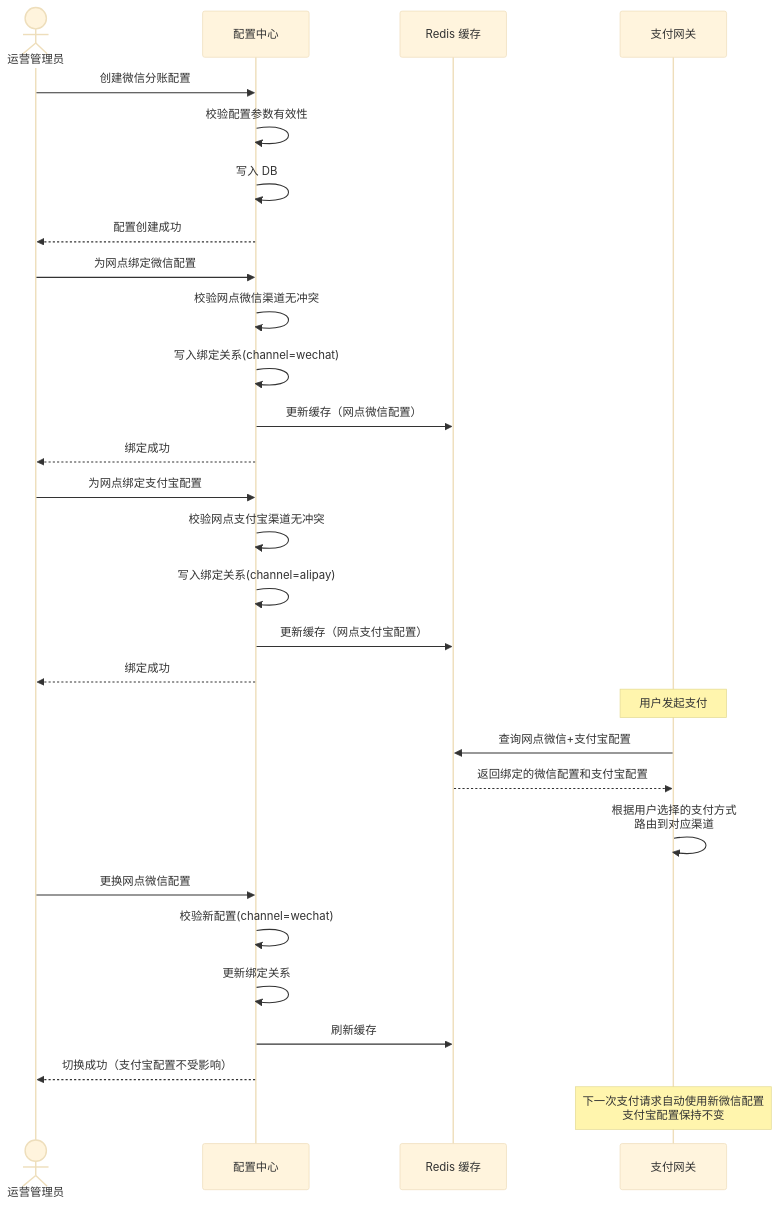
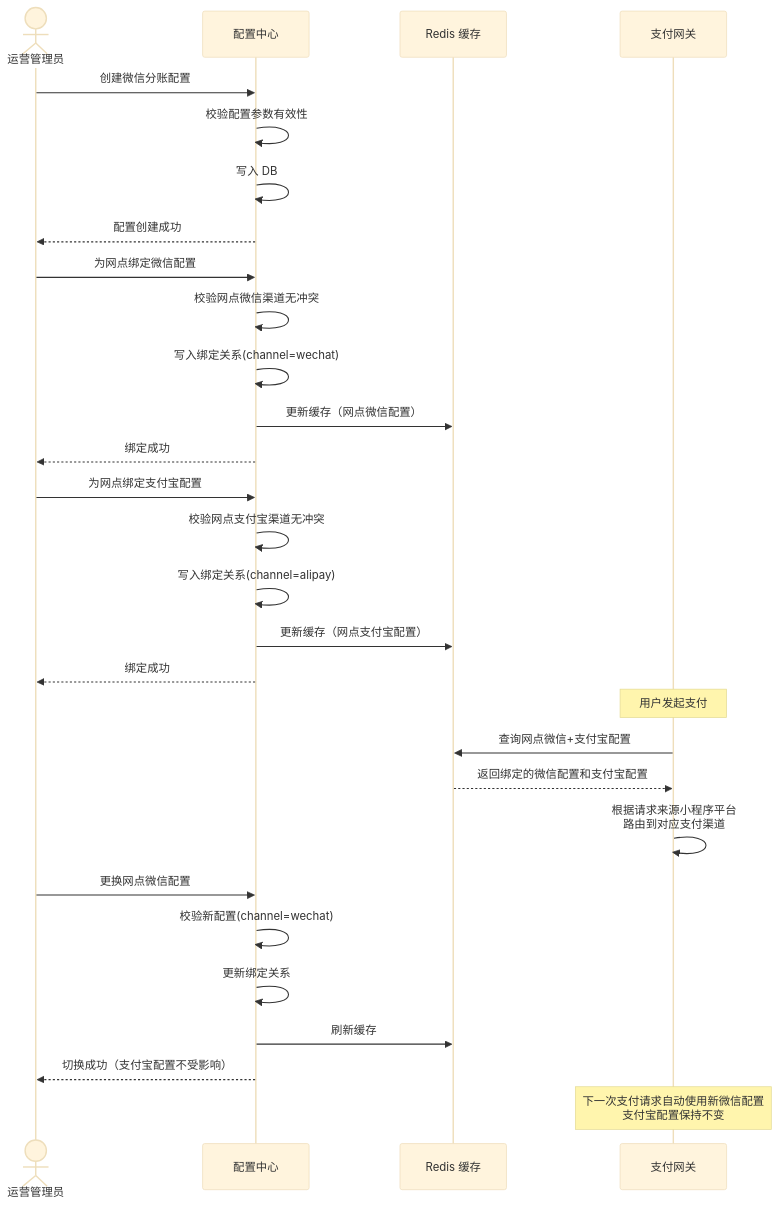
The third of 4 diagrams in docs/versions/v1.1.0/06-flows.md (MarkTina/VitepressPRD), drawn with Mermaid (base theme) before and after one commit. The commit also changed other lines of this file and 7 other files, not shown here.

````diff
--- a/docs/versions/v1.1.0/06-flows.md
+++ b/docs/versions/v1.1.0/06-flows.md
@@ -81,38 +81,38 @@
 ```mermaid
 sequenceDiagram
     actor Admin as 运营管理员
     participant Backend as 配置中心
     participant Redis as Redis 缓存
     participant PayGW as 支付网关
 
     Admin->>Backend: 创建微信分账配置
     Backend->>Backend: 校验配置参数有效性
     Backend->>Backend: 写入 DB
     Backend-->>Admin: 配置创建成功
 
     Admin->>Backend: 为网点绑定微信配置
     Backend->>Backend: 校验网点微信渠道无冲突
     Backend->>Backend: 写入绑定关系(channel=wechat)
     Backend->>Redis: 更新缓存（网点微信配置）
     Backend-->>Admin: 绑定成功
 
     Admin->>Backend: 为网点绑定支付宝配置
     Backend->>Backend: 校验网点支付宝渠道无冲突
     Backend->>Backend: 写入绑定关系(channel=alipay)
     Backend->>Redis: 更新缓存（网点支付宝配置）
     Backend-->>Admin: 绑定成功
 
     Note over PayGW: 用户发起支付
 
     PayGW->>Redis: 查询网点微信+支付宝配置
     Redis-->>PayGW: 返回绑定的微信配置和支付宝配置
-    PayGW->>PayGW: 根据用户选择的支付方式<br/>路由到对应渠道
+    PayGW->>PayGW: 根据请求来源小程序平台<br/>路由到对应支付渠道
 
     Admin->>Backend: 更换网点微信配置
     Backend->>Backend: 校验新配置(channel=wechat)
     Backend->>Backend: 更新绑定关系
     Backend->>Redis: 刷新缓存
     Backend-->>Admin: 切换成功（支付宝配置不受影响）
 
     Note over PayGW: 下一次支付请求自动使用新微信配置<br/>支付宝配置保持不变
 ```
````
